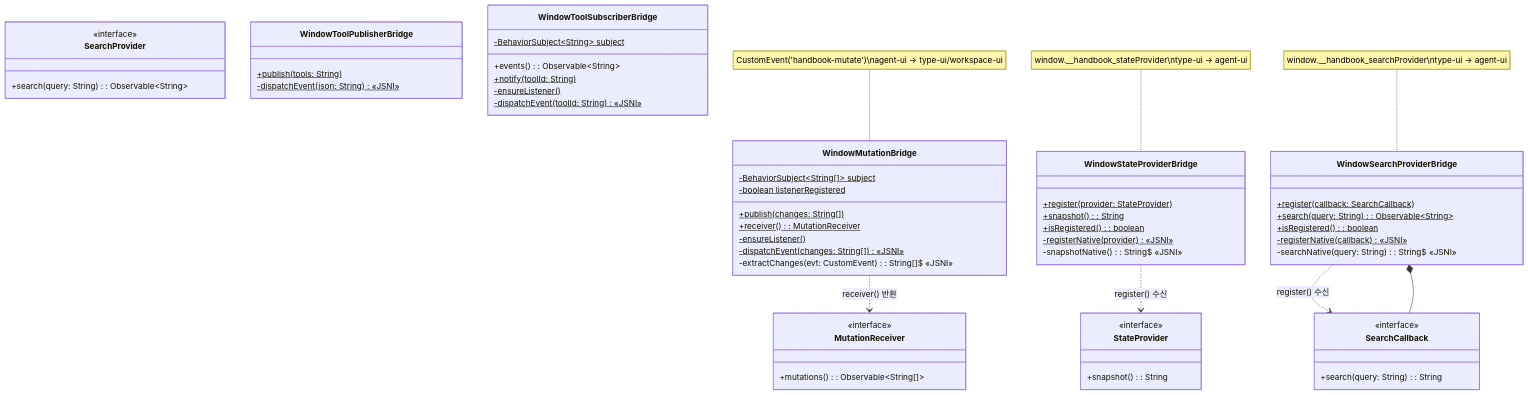
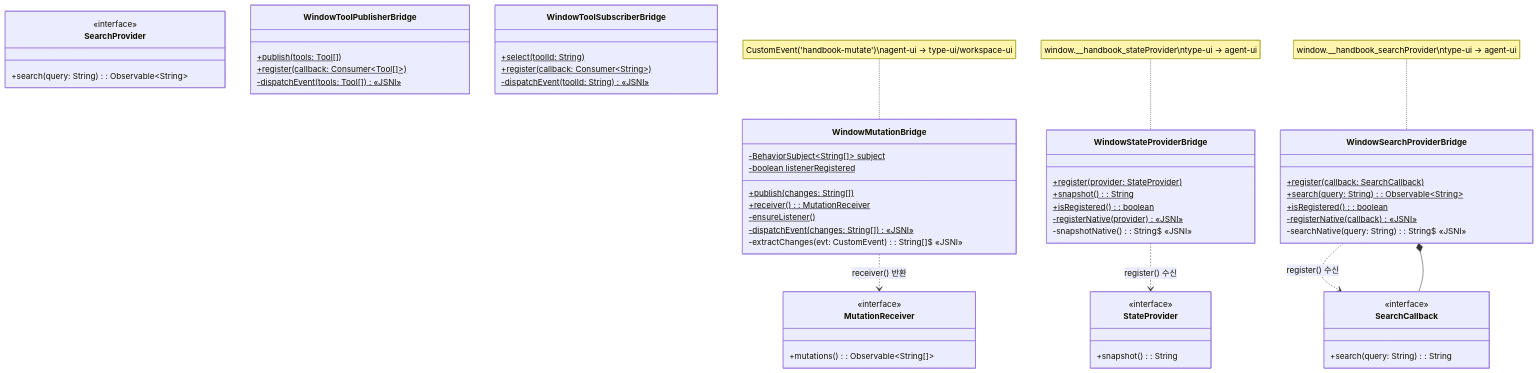
The diagram in agent-bridge/CLASS-DIAGRAM.md (sayaya1090/handbook), drawn with Mermaid before and after one commit. The commit also changed 18 other files, not shown here.

````diff
--- a/agent-bridge/CLASS-DIAGRAM.md
+++ b/agent-bridge/CLASS-DIAGRAM.md
@@ -3,70 +3,69 @@
 ```mermaid
 classDiagram
     class MutationReceiver {
         <<interface>>
         +mutations(): Observable~String[]~
     }
 
     class StateProvider {
         <<interface>>
         +snapshot(): String
     }
 
     class SearchProvider {
         <<interface>>
         +search(query: String): Observable~String~
     }
 
     class WindowMutationBridge {
         -BehaviorSubject~String[]~ subject$
         -boolean listenerRegistered$
         +publish(changes: String[])$
         +receiver(): MutationReceiver$
         -ensureListener()$
         -dispatchEvent(changes: String[])$ «JSNI»
         -extractChanges(evt: CustomEvent): String[]$ «JSNI»
     }
 
     class WindowStateProviderBridge {
         +register(provider: StateProvider)$
         +snapshot(): String$
         +isRegistered(): boolean$
         -registerNative(provider)$ «JSNI»
         -snapshotNative(): String$ «JSNI»
     }
 
     class WindowSearchProviderBridge {
         +register(callback: SearchCallback)$
         +search(query: String): Observable~String~$
         +isRegistered(): boolean$
         -registerNative(callback)$ «JSNI»
         -searchNative(query: String): String$ «JSNI»
     }
 
     class WindowToolPublisherBridge {
-        +publish(tools: String)$
-        -dispatchEvent(json: String)$ «JSNI»
+        +publish(tools: Tool[])$
+        +register(callback: Consumer~Tool[]~)$
+        -dispatchEvent(tools: Tool[])$ «JSNI»
     }
 
     class WindowToolSubscriberBridge {
-        -BehaviorSubject~String~ subject$
-        +events(): Observable~String~
-        +notify(toolId: String)$
-        -ensureListener()$
+        +select(toolId: String)$
+        +register(callback: Consumer~String~)$
         -dispatchEvent(toolId: String)$ «JSNI»
     }
 
     class SearchCallback {
         <<interface>>
         +search(query: String): String
     }
 
     WindowMutationBridge ..> MutationReceiver : receiver() 반환
     WindowStateProviderBridge ..> StateProvider : register() 수신
     WindowSearchProviderBridge ..> SearchCallback : register() 수신
     WindowSearchProviderBridge *-- SearchCallback
 
     note for WindowMutationBridge "CustomEvent('handbook-mutate')\nagent-ui → type-ui/workspace-ui"
     note for WindowStateProviderBridge "window.__handbook_stateProvider\ntype-ui → agent-ui"
     note for WindowSearchProviderBridge "window.__handbook_searchProvider\ntype-ui → agent-ui"
 ```
````
